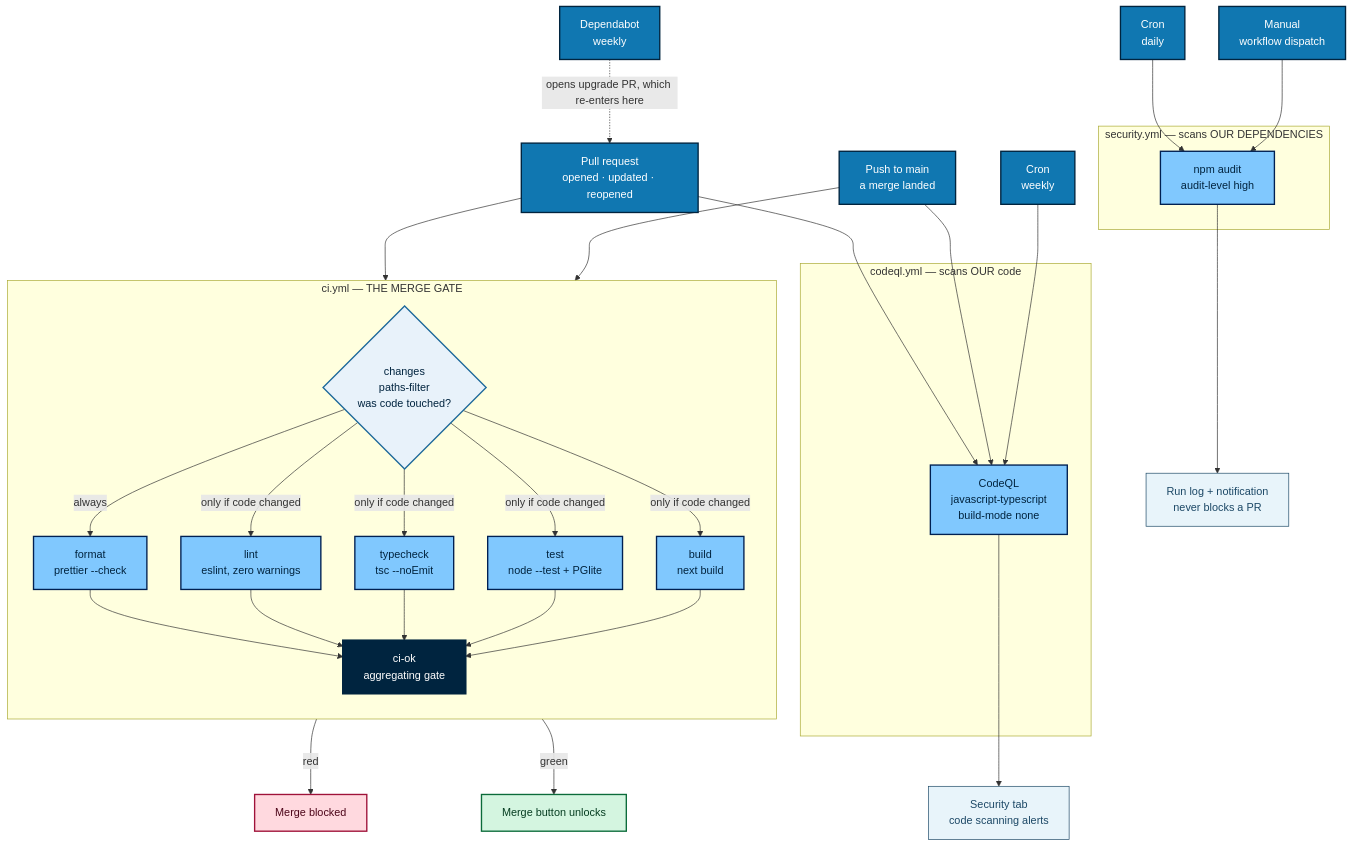
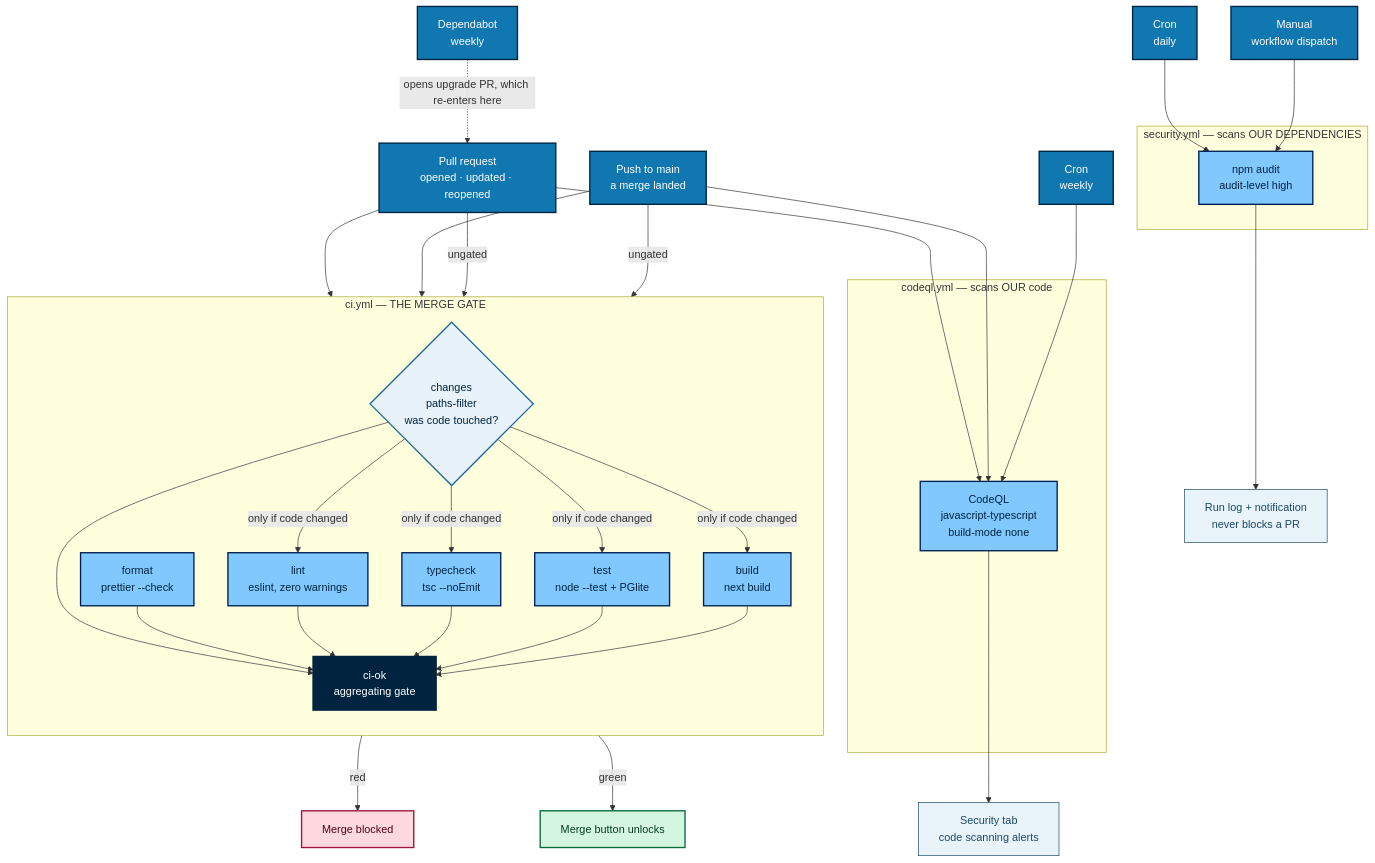
Before and after one commit to acmpsu/acm-website: the first of 12 diagrams in docs/ci-map.md, drawn with Mermaid. The commit also changed other lines of this file and 14 other files, not shown here.

````diff
--- a/docs/ci-map.md
+++ b/docs/ci-map.md
@@ -13,70 +10,72 @@
 ```mermaid
 flowchart TB
     T1["Pull request<br/>opened · updated · reopened"]
     T2["Push to main<br/>a merge landed"]
     T3["Dependabot<br/>weekly"]
     T4["Cron<br/>weekly"]
     T5["Cron<br/>daily"]
     T6["Manual<br/>workflow dispatch"]
 
     subgraph CIWF["ci.yml — THE MERGE GATE"]
         direction TB
         CH{"changes<br/>paths-filter<br/>was code touched?"}
         FMT["format<br/>prettier --check"]
         LNT["lint<br/>eslint, zero warnings"]
         TYP["typecheck<br/>tsc --noEmit"]
         TST["test<br/>node --test + PGlite"]
         BLD["build<br/>next build"]
         OKJ["ci-ok<br/>aggregating gate"]
     end
 
     subgraph QLWF["codeql.yml — scans OUR code"]
         QL["CodeQL<br/>javascript-typescript<br/>build-mode none"]
     end
 
     subgraph SECWF["security.yml — scans OUR DEPENDENCIES"]
         AUD["npm audit<br/>audit-level high"]
     end
 
     T1 --> CH
     T2 --> CH
+    T1 -->|"ungated"| FMT
+    T2 -->|"ungated"| FMT
     T1 --> QL
     T2 --> QL
     T4 --> QL
     T5 --> AUD
     T6 --> AUD
     T3 -.->|"opens upgrade PR, which re-enters here"| T1
 
-    CH -->|"always"| FMT
     CH -->|"only if code changed"| LNT
     CH -->|"only if code changed"| TYP
     CH -->|"only if code changed"| TST
     CH -->|"only if code changed"| BLD
+    CH --> OKJ
 
     FMT --> OKJ
     LNT --> OKJ
     TYP --> OKJ
     TST --> OKJ
     BLD --> OKJ
 
     OKJ -->|"green"| MERGE["Merge button unlocks"]
     OKJ -->|"red"| BLOCK["Merge blocked"]
     QL --> TAB["Security tab<br/>code scanning alerts"]
     AUD --> LOG["Run log + notification<br/>never blocks a PR"]
 
     classDef trig fill:#1077b1,stroke:#00243f,stroke-width:2px,color:#ffffff
     classDef dec fill:#e8f2fa,stroke:#1f6a9b,stroke-width:2px,color:#00243f
     classDef chk fill:#80c8fe,stroke:#002052,stroke-width:2px,color:#00243f
     classDef gate fill:#00243f,stroke:#00243f,stroke-width:3px,color:#ffffff
     classDef good fill:#d4f5e0,stroke:#0b6b3a,stroke-width:2px,color:#063d21
     classDef bad fill:#ffd9df,stroke:#9f1239,stroke-width:2px,color:#4c0519
     classDef info fill:#e8f4fa,stroke:#1c4866,stroke-width:1px,color:#1c4866
 
     class T1,T2,T3,T4,T5,T6 trig
     class CH dec
     class FMT,LNT,TYP,TST,BLD,QL,AUD chk
     class OKJ gate
     class MERGE good
     class BLOCK bad
     class TAB,LOG info
 ```
````
